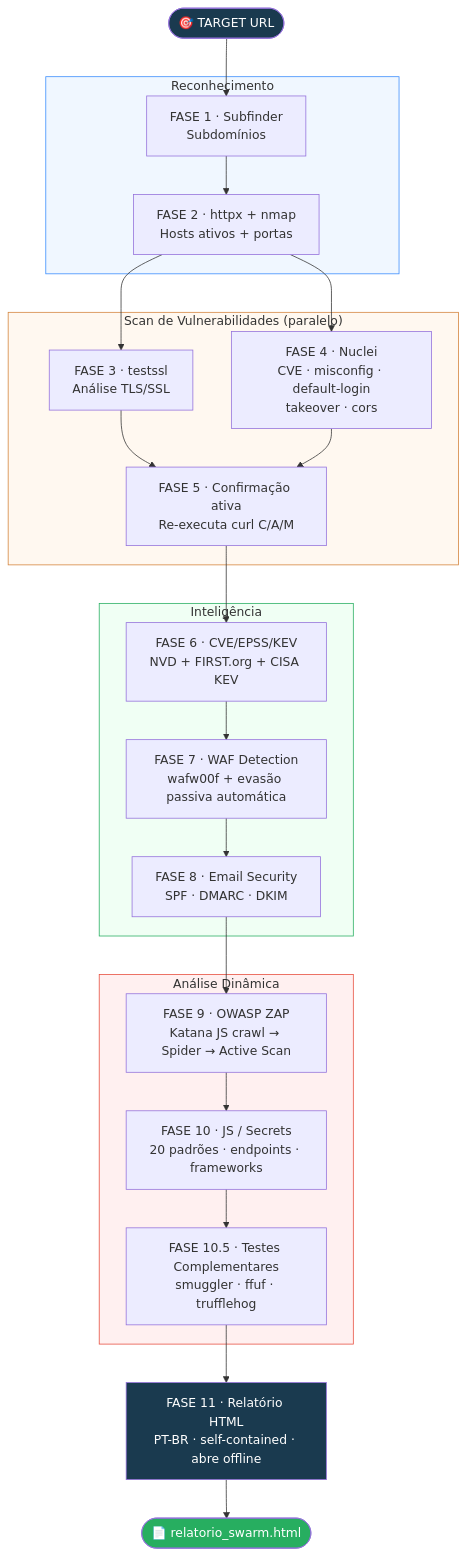
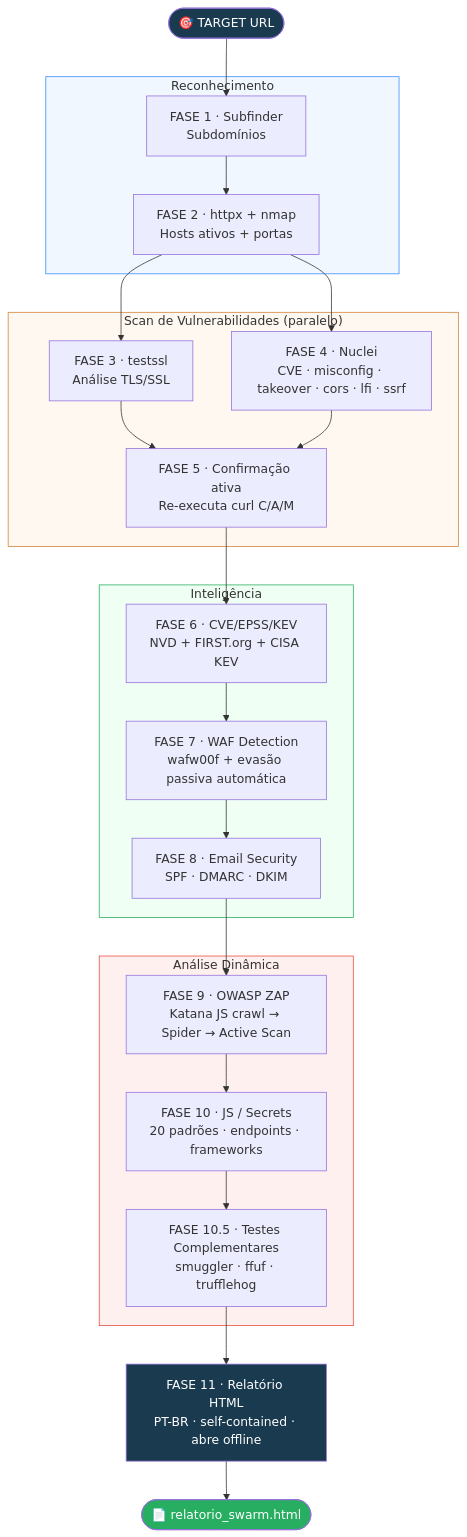
One commit to trickMeister1337/SWARM changed the diagram in README.md. Above: the diagram before and after it, drawn with Mermaid. The commit also changed other lines of this file, not shown here.

````diff
--- a/README.md
+++ b/README.md
@@ -15,37 +15,37 @@
 ```mermaid
 flowchart TD
     A([🎯 TARGET URL]) --> B
 
     subgraph RECON["Reconhecimento"]
         B[FASE 1 · Subfinder\nSubdomínios] --> C[FASE 2 · httpx + nmap\nHosts ativos + portas]
     end
 
     subgraph SCAN["Scan de Vulnerabilidades (paralelo)"]
         C --> D[FASE 3 · testssl\nAnálise TLS/SSL]
-        C --> E[FASE 4 · Nuclei\nCVE · misconfig · default-login\ntakeover · cors]
+        C --> E[FASE 4 · Nuclei\nCVE · misconfig · takeover · cors · lfi · ssrf]
         D & E --> F[FASE 5 · Confirmação ativa\nRe-executa curl C/A/M]
     end
 
     subgraph INTEL["Inteligência"]
         F --> G[FASE 6 · CVE/EPSS/KEV\nNVD + FIRST.org + CISA KEV]
         G --> H[FASE 7 · WAF Detection\nwafw00f + evasão passiva automática]
         H --> I[FASE 8 · Email Security\nSPF · DMARC · DKIM]
     end
 
     subgraph DYNAMIC["Análise Dinâmica"]
         I --> J[FASE 9 · OWASP ZAP\nKatana JS crawl → Spider → Active Scan]
         J --> K[FASE 10 · JS / Secrets\n20 padrões · endpoints · frameworks]
         K --> K2[FASE 10.5 · Testes Complementares\nsmuggler · ffuf · trufflehog]
     end
 
     K2 --> L[FASE 11 · Relatório HTML\nPT-BR · self-contained · abre offline]
     L --> M([📄 relatorio_swarm.html])
 
     style A fill:#1a3a4f,color:#fff
     style M fill:#27ae60,color:#fff
     style L fill:#1a3a4f,color:#fff
     style RECON fill:#f0f7ff,stroke:#388bfd
     style SCAN fill:#fff8f0,stroke:#d4833a
     style INTEL fill:#f0fff4,stroke:#27ae60
     style DYNAMIC fill:#fff0f0,stroke:#e74c3c
 ```
````
